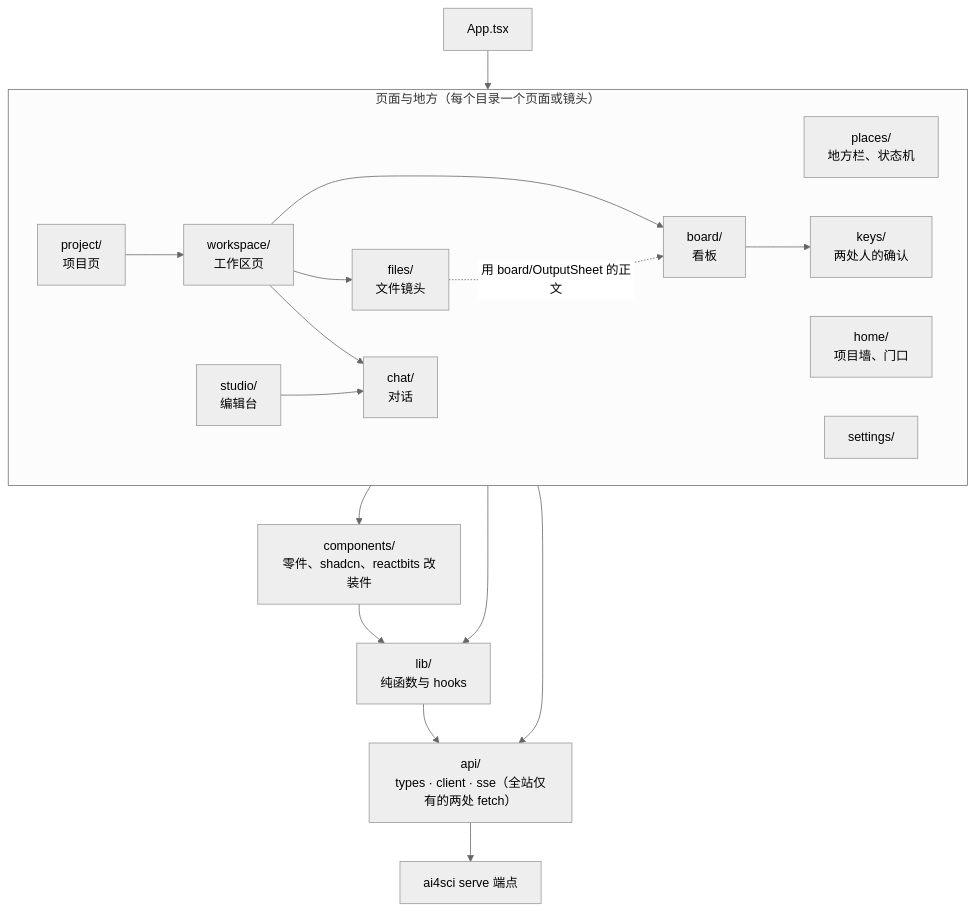
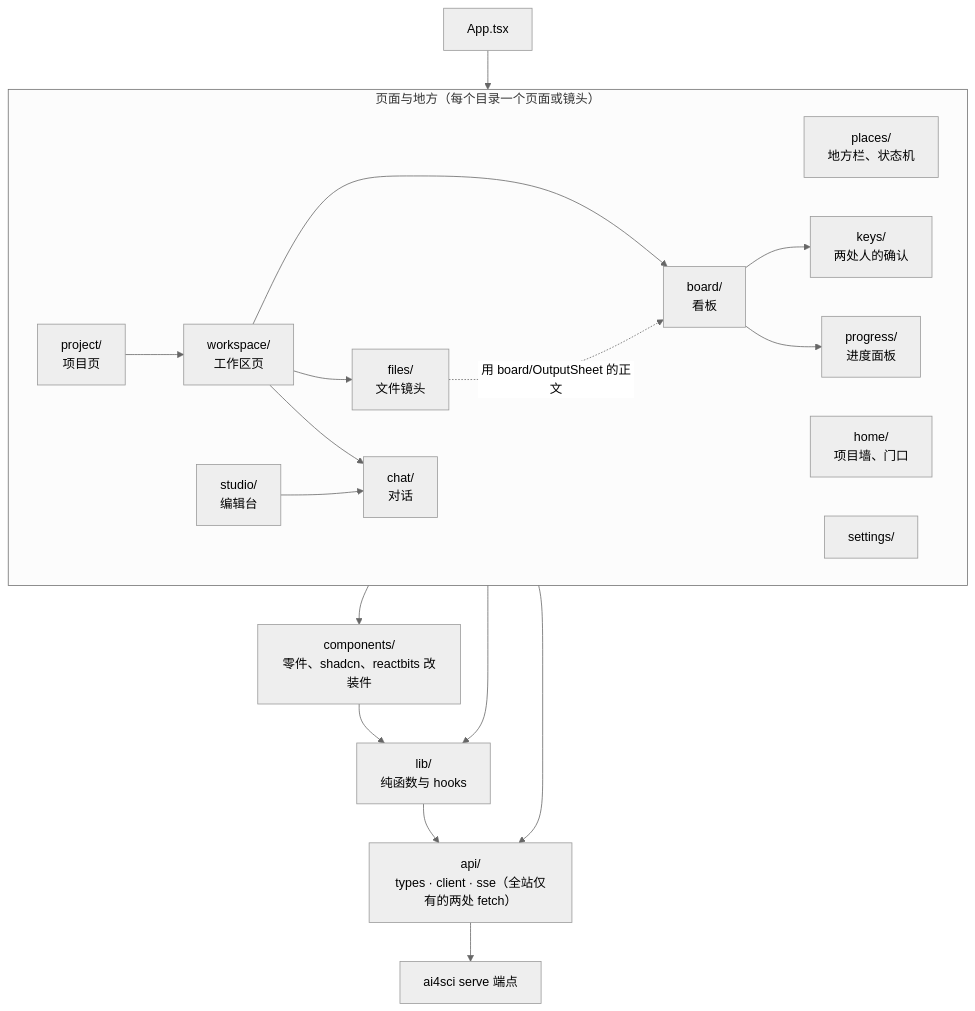
The second of 2 diagrams in ui/README.md (zephyr4123/TJU-AI4Science-Platform), drawn with Mermaid (neutral theme) before and after one commit. The commit also changed other lines of this file and 4 other files, not shown here.

````diff
--- a/ui/README.md
+++ b/ui/README.md
@@ -60,35 +60,37 @@
 ```mermaid
 flowchart TB
   APP["App.tsx"]
   subgraph PAGES["页面与地方（每个目录一个页面或镜头）"]
     direction LR
     PLACES["places/<br/>地方栏、状态机"]
     HOME["home/<br/>项目墙、门口"]
     PROJ["project/<br/>项目页"]
     WSP["workspace/<br/>工作区页"]
     BOARD["board/<br/>看板"]
     FILES["files/<br/>文件镜头"]
     CHAT["chat/<br/>对话"]
     STUDIO["studio/<br/>编辑台"]
     SET["settings/"]
     KEYS["keys/<br/>两处人的确认"]
+    PROG["progress/<br/>进度面板"]
     PROJ --> WSP
     WSP --> BOARD
     WSP --> FILES
     WSP --> CHAT
     STUDIO --> CHAT
     BOARD --> KEYS
+    BOARD --> PROG
     FILES -. "用 board/OutputSheet 的正文" .-> BOARD
   end
   COMP["components/<br/>零件、shadcn、reactbits 改装件"]
   LIB["lib/<br/>纯函数与 hooks"]
   API["api/<br/>types · client · sse（全站仅有的两处 fetch）"]
   SRV["ai4sci serve 端点"]
   APP --> PAGES
   PAGES --> COMP
   PAGES --> LIB
   PAGES --> API
   COMP --> LIB
   LIB --> API
   API --> SRV
 ```
````
